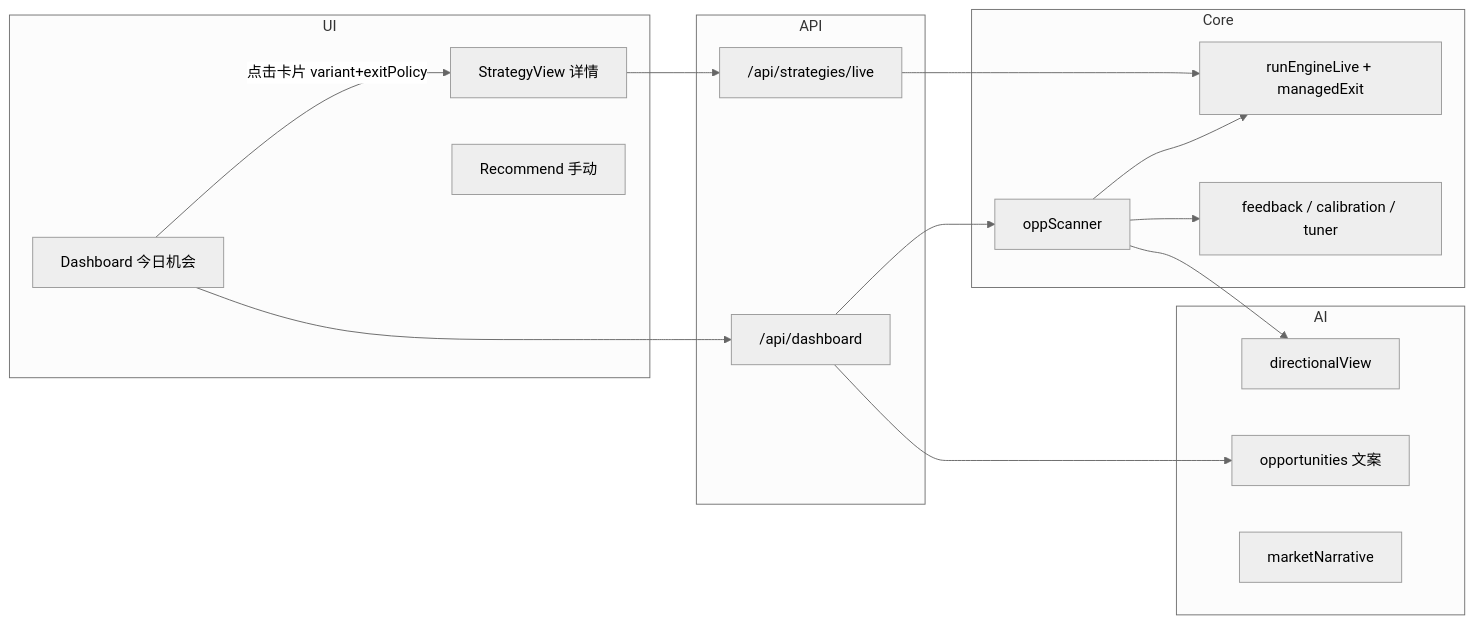
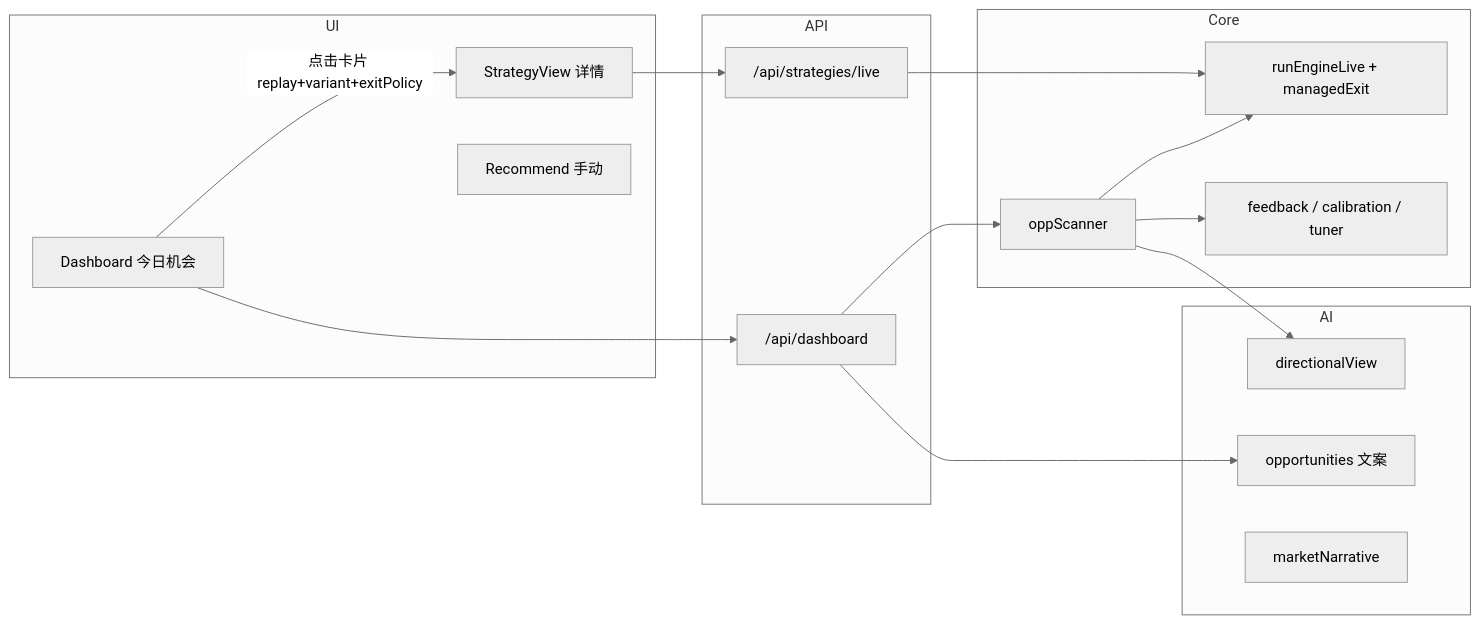
The diagram in docs/code-review-architecture-and-issues.md (jingweiwan/option-strategy-engine), drawn with Mermaid (neutral theme) before and after one commit. The commit also changed other lines of this file and 7 other files, not shown here.

````diff
--- a/docs/code-review-architecture-and-issues.md
+++ b/docs/code-review-architecture-and-issues.md
@@ -16,27 +16,27 @@
 ```mermaid
 flowchart LR
   subgraph UI
     D[Dashboard 今日机会]
     S[StrategyView 详情]
     R[Recommend 手动]
   end
   subgraph API
     dash["/api/dashboard"]
     live["/api/strategies/live"]
   end
   subgraph Core
     scan[oppScanner]
     eng[runEngineLive + managedExit]
     fb[feedback / calibration / tuner]
   end
   subgraph AI
     view[directionalView]
     copy[opportunities 文案]
     narr[marketNarrative]
   end
   D --> dash --> scan --> eng
-  D -->|"点击卡片 variant+exitPolicy"| S --> live --> eng
+  D -->|"点击卡片 replay+variant+exitPolicy"| S --> live --> eng
   scan --> view
   scan --> fb
   dash --> copy
 ```
````
